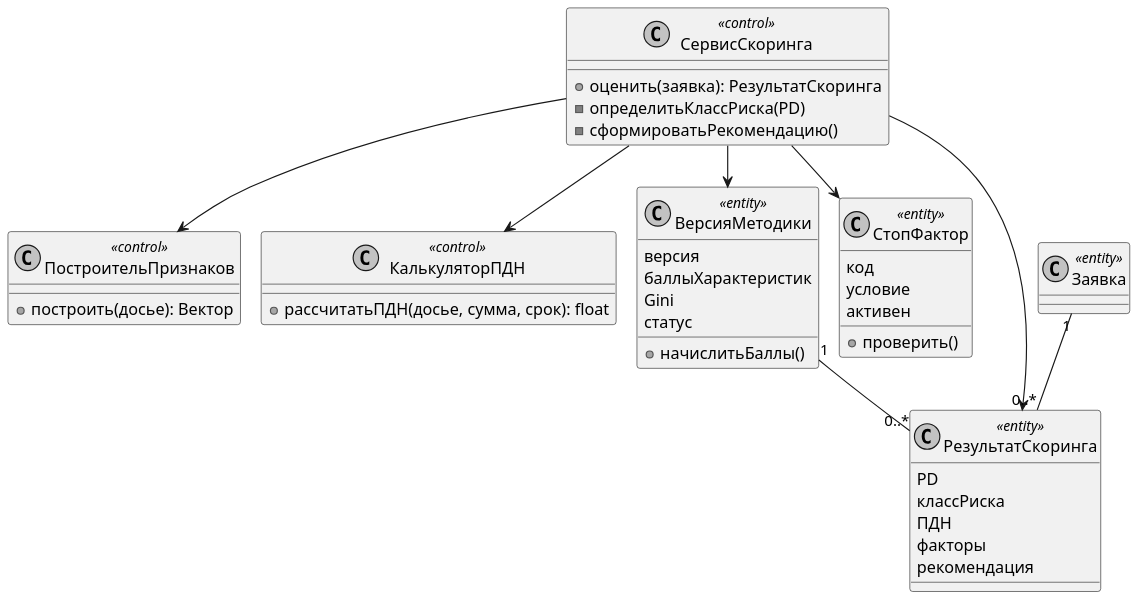
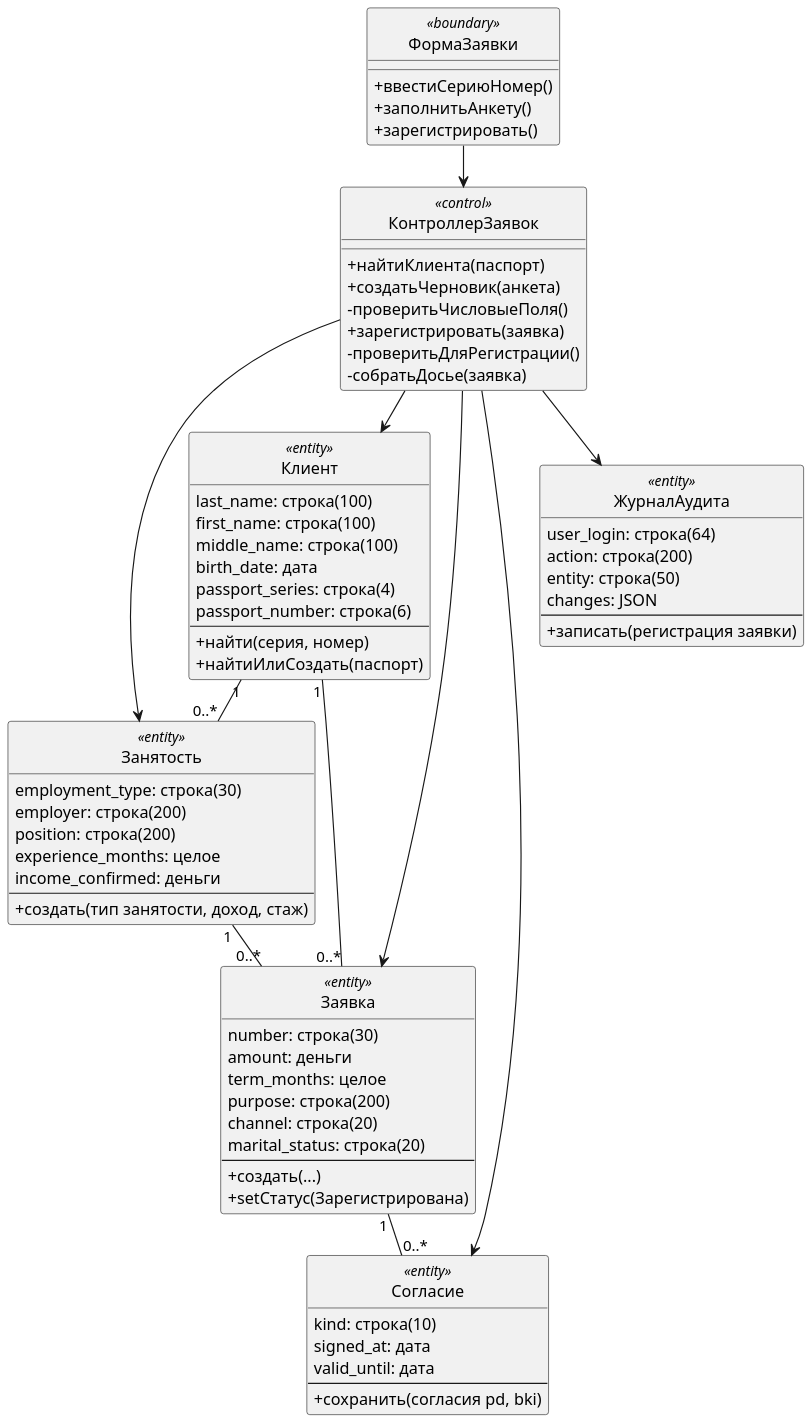
The diagram in diagrams/uml_vopc_1.puml (DarkSwordman999/credit-scoring-dss), drawn with PlantUML before and after one commit. The commit also changed 177 other files, not shown here.

Commit message:
ПР 7-8 пересобран: диаграммы взаимодействия по всем вариантам использования, классы, состояния, компоненты и развёртывание

```diff
--- a/diagrams/uml_vopc_1.puml
+++ b/diagrams/uml_vopc_1.puml
@@ -1,46 +1,78 @@
 @startuml
 !pragma layout smetana
 skinparam dpi 150
 skinparam defaultFontName Arial
 skinparam shadowing false
 skinparam monochrome true
-class СервисСкоринга <<control>> {
- +оценить(заявка): РезультатСкоринга
- -определитьКлассРиска(PD)
- -сформироватьРекомендацию()
+hide circle
+skinparam classAttributeIconSize 0
+class ФормаЗаявки <<boundary>> {
+ +ввестиСериюНомер()
+ +заполнитьАнкету()
+ +зарегистрировать()
 }
-class ПостроительПризнаков <<control>> {
- +построить(досье): Вектор
+class КонтроллерЗаявок <<control>> {
+ +найтиКлиента(паспорт)
+ +создатьЧерновик(анкета)
+ -проверитьЧисловыеПоля()
+ +зарегистрировать(заявка)
+ -проверитьДляРегистрации()
+ -собратьДосье(заявка)
 }
-class КалькуляторПДН <<control>> {
- +рассчитатьПДН(досье, сумма, срок): float
+class Клиент <<entity>> {
+ {field} last_name: строка(100)
+ {field} first_name: строка(100)
+ {field} middle_name: строка(100)
+ {field} birth_date: дата
+ {field} passport_series: строка(4)
+ {field} passport_number: строка(6)
+ --
+ +найти(серия, номер)
+ +найтиИлиСоздать(паспорт)
 }
-class ВерсияМетодики <<entity>> {
- версия
- баллыХарактеристик
- Gini
- статус
- +начислитьБаллы()
+class Занятость <<entity>> {
+ {field} employment_type: строка(30)
+ {field} employer: строка(200)
+ {field} position: строка(200)
+ {field} experience_months: целое
+ {field} income_confirmed: деньги
+ --
+ +создать(тип занятости, доход, стаж)
 }
-class СтопФактор <<entity>> {
- код
- условие
- активен
- +проверить()
+class Заявка <<entity>> {
+ {field} number: строка(30)
+ {field} amount: деньги
+ {field} term_months: целое
+ {field} purpose: строка(200)
+ {field} channel: строка(20)
+ {field} marital_status: строка(20)
+ --
+ +создать(...)
+ +setСтатус(Зарегистрирована)
 }
-class РезультатСкоринга <<entity>> {
- PD
- классРиска
- ПДН
- факторы
- рекомендация
+class Согласие <<entity>> {
+ {field} kind: строка(10)
+ {field} signed_at: дата
+ {field} valid_until: дата
+ --
+ +сохранить(согласия pd, bki)
 }
-class Заявка <<entity>>
-СервисСкоринга --> ПостроительПризнаков
-СервисСкоринга --> КалькуляторПДН
-СервисСкоринга --> ВерсияМетодики
-СервисСкоринга --> СтопФактор
-СервисСкоринга --> РезультатСкоринга
-Заявка "1" -- "0..*" РезультатСкоринга
-ВерсияМетодики "1" -- "0..*" РезультатСкоринга
+class ЖурналАудита <<entity>> {
+ {field} user_login: строка(64)
+ {field} action: строка(200)
+ {field} entity: строка(50)
+ {field} changes: JSON
+ --
+ +записать(регистрация заявки)
+}
+ФормаЗаявки --> КонтроллерЗаявок
+КонтроллерЗаявок --> Клиент
+КонтроллерЗаявок --> Занятость
+КонтроллерЗаявок --> Заявка
+КонтроллерЗаявок --> Согласие
+КонтроллерЗаявок --> ЖурналАудита
+Клиент "1" -- "0..*" Занятость
+Клиент "1" -- "0..*" Заявка
+Занятость "1" -- "0..*" Заявка
+Заявка "1" -- "0..*" Согласие
 @enduml
```
